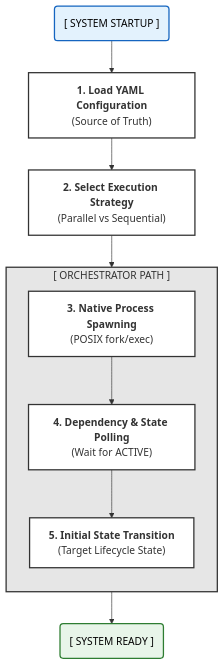
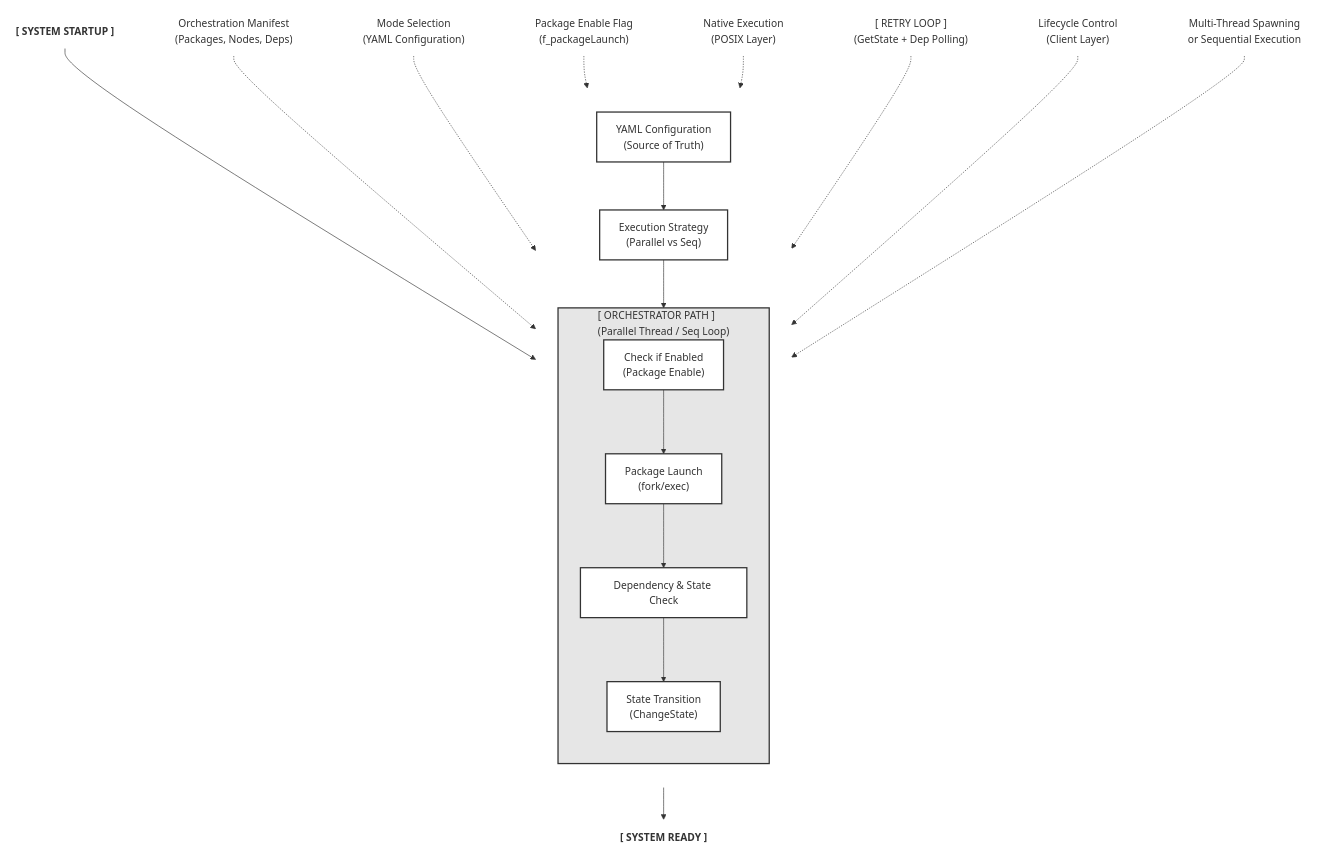
Before and after one commit to Open-Edge-Robotics/A.RobotAI-LGE-ROS2-LifecycleManager: the third of 3 diagrams in README.md, drawn with Mermaid. The commit also changed other lines of this file, not shown here.

````diff
--- a/README.md
+++ b/README.md
@@ -268,24 +268,58 @@
 ```mermaid
 flowchart TD
-    Start("[ SYSTEM STARTUP ]") --> YAML["<b>1. Load YAML Configuration</b><br/>(Source of Truth)"]
-    YAML --> Exec["<b>2. Select Execution Strategy</b><br/>(Parallel vs Sequential)"]
+    Start("[ SYSTEM STARTUP ]") --> YAML
     
-    subgraph Path ["[ ORCHESTRATOR PATH ]"]
+    subgraph MainFlow [" "]
         direction TB
-        Launch["<b>3. Native Process Spawning</b><br/>(POSIX fork/exec)"]
-        Launch --> Dep["<b>4. Dependency & State Polling</b><br/>(Wait for ACTIVE)"]
-        Dep --> Trans["<b>5. Initial State Transition</b><br/>(Target Lifecycle State)"]
+        YAML["YAML Configuration<br/>(Source of Truth)"]
+        Exec["Execution Strategy<br/>(Parallel vs Seq)"]
+        
+        subgraph Path ["[ ORCHESTRATOR PATH ]<br/>(Parallel Thread / Seq Loop)"]
+            direction TB
+            Check["Check if Enabled<br/>(Package Enable)"]
+            Launch["Package Launch<br/>(fork/exec)"]
+            Dep["Dependency & State Check"]
+            Trans["State Transition<br/>(ChangeState)"]
+            
+            Check --> Launch
+            Launch --> Dep
+            Dep --> Trans
+        end
+        
+        YAML --> Exec
+        Exec --> Path
     end
+
+    %% Descriptions on the right
+    YAML_D["Orchestration Manifest<br/>(Packages, Nodes, Deps)"] -.-> YAML
+    Exec_D["Mode Selection<br/>(YAML Configuration)"] -.-> Exec
     
-    Exec --> Launch
-    Trans --> Ready("[ SYSTEM READY ]")
+    Path_D["Multi-Thread Spawning<br/>or Sequential Execution"] -.-> Path
+    
+    Check_D["Package Enable Flag<br/>(f_packageLaunch)"] -.-> Check
+    Launch_D["Native Execution<br/>(POSIX Layer)"] -.-> Launch
+    Dep_D["[ RETRY LOOP ]<br/>(GetState + Dep Polling)"] -.-> Dep
+    Trans_D["Lifecycle Control<br/>(Client Layer)"] -.-> Trans
 
+    Path --> Ready("[ SYSTEM READY ]")
+
+    style MainFlow fill:none,stroke:none
     style Path fill:#e6e6e6,stroke:#333,stroke-width:2px
-    style Start fill:#e3f2fd,stroke:#1565c0,stroke-width:2px,color:#000
-    style Ready fill:#e8f5e9,stroke:#2e7d32,stroke-width:2px,color:#000
+    style Start fill:#fff,stroke:none,font-weight:bold
+    style Ready fill:#fff,stroke:none,font-weight:bold
+    
     style YAML fill:#fff,stroke:#333,stroke-width:2px
     style Exec fill:#fff,stroke:#333,stroke-width:2px
+    style Check fill:#fff,stroke:#333,stroke-width:2px
     style Launch fill:#fff,stroke:#333,stroke-width:2px
     style Dep fill:#fff,stroke:#333,stroke-width:2px
     style Trans fill:#fff,stroke:#333,stroke-width:2px
+
+    style YAML_D fill:none,stroke:none
+    style Exec_D fill:none,stroke:none
+    style Path_D fill:none,stroke:none
+    style Check_D fill:none,stroke:none
+    style Launch_D fill:none,stroke:none
+    style Dep_D fill:none,stroke:none
+    style Trans_D fill:none,stroke:none
 ```
````
